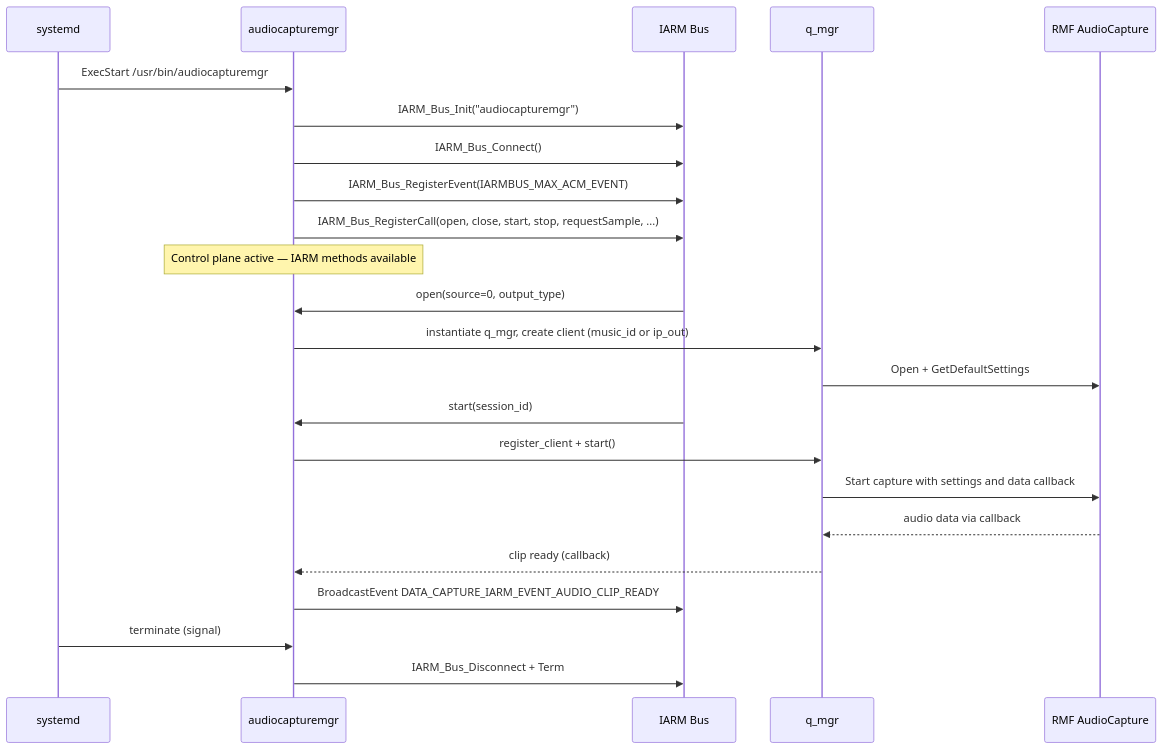
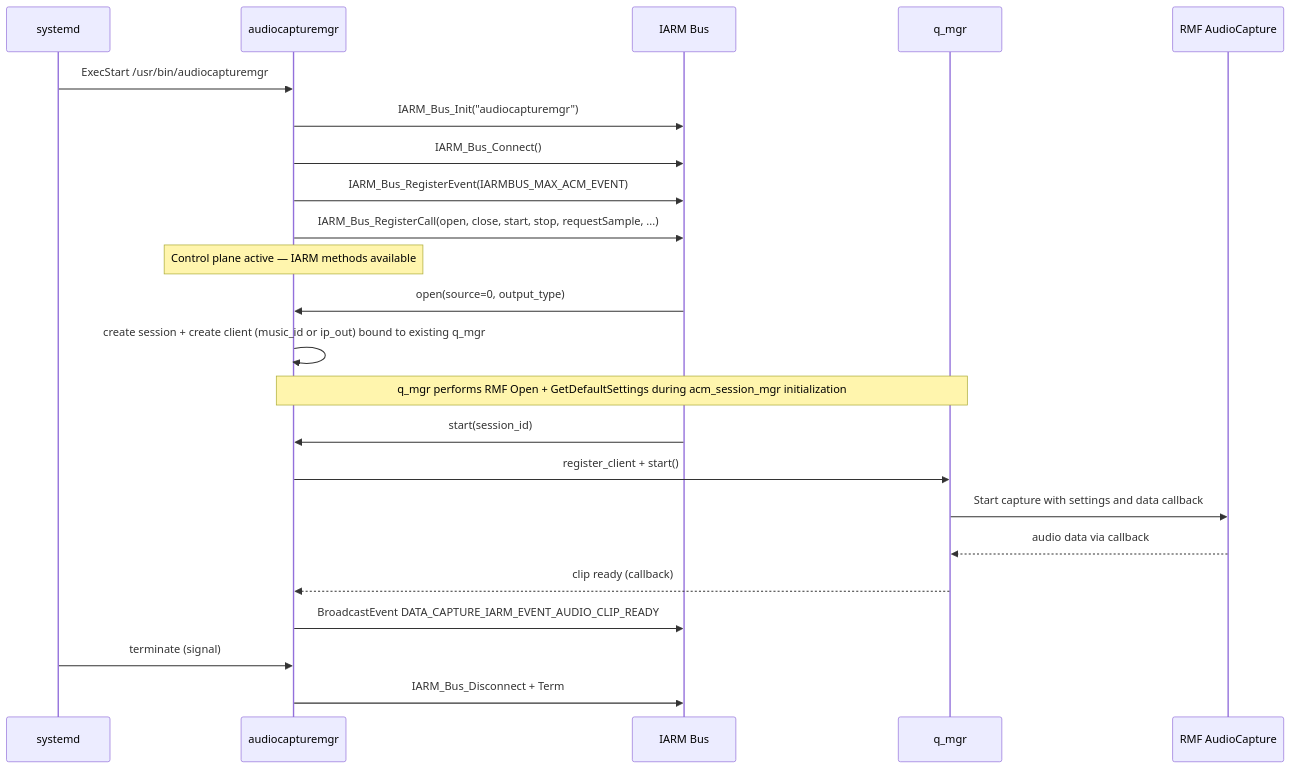
Before and after one commit to rdkcentral/audiocapturemgr: the third of 7 diagrams in README.md, drawn with Mermaid.

Commit message:
Potential fix for pull request finding

````diff
--- a/README.md
+++ b/README.md
@@ -131,30 +131,30 @@
 ```mermaid
 sequenceDiagram
     participant System as systemd
     participant Comp as audiocapturemgr
     participant IARM as IARM Bus
     participant Q as q_mgr
     participant RMF as RMF AudioCapture
 
     System->>Comp: ExecStart /usr/bin/audiocapturemgr
     Comp->>IARM: IARM_Bus_Init("audiocapturemgr")
     Comp->>IARM: IARM_Bus_Connect()
     Comp->>IARM: IARM_Bus_RegisterEvent(IARMBUS_MAX_ACM_EVENT)
     Comp->>IARM: IARM_Bus_RegisterCall(open, close, start, stop, requestSample, ...)
     Note over Comp: Control plane active — IARM methods available
 
     IARM->>Comp: open(source=0, output_type)
-    Comp->>Q: instantiate q_mgr, create client (music_id or ip_out)
-    Q->>RMF: Open + GetDefaultSettings
+    Comp->>Comp: create session + create client (music_id or ip_out) bound to existing q_mgr
+    Note over Comp,Q: q_mgr performs RMF Open + GetDefaultSettings during acm_session_mgr initialization
 
     IARM->>Comp: start(session_id)
     Comp->>Q: register_client + start()
     Q->>RMF: Start capture with settings and data callback
     RMF-->>Q: audio data via callback
 
     Q-->>Comp: clip ready (callback)
     Comp->>IARM: BroadcastEvent DATA_CAPTURE_IARM_EVENT_AUDIO_CLIP_READY
 
     System->>Comp: terminate (signal)
     Comp->>IARM: IARM_Bus_Disconnect + Term
 ```
````
